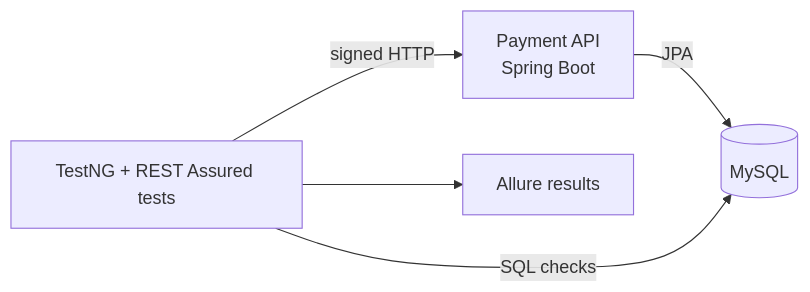
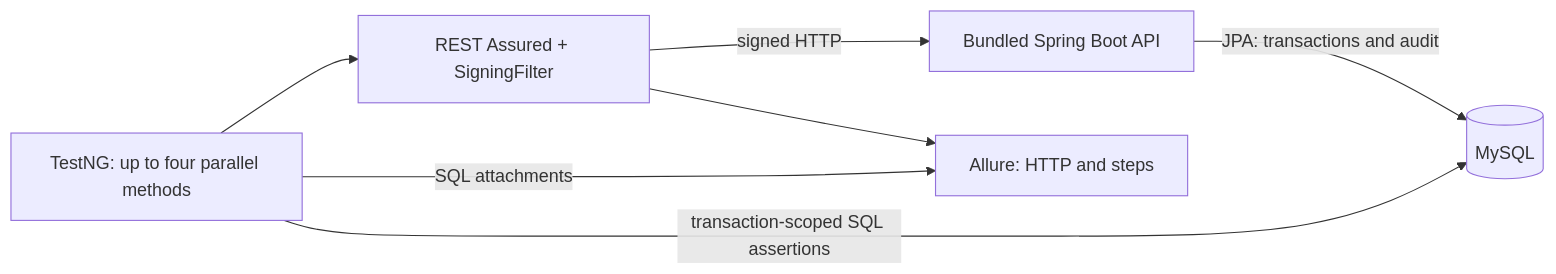
Before and after one commit to yashwant-das/qa-java-restassured-payments: the diagram in README.md, drawn with Mermaid. The commit also changed other lines of this file and 119 other files, not shown here.

First line of the commit message:
Adopt repo standards while preserving payment test evidence (#21)

````diff
--- a/README.md
+++ b/README.md
@@ -21,7 +23,9 @@
 ```mermaid
 flowchart LR
-    T[TestNG + REST Assured tests] -->|signed HTTP| A[Payment API<br/>Spring Boot]
-    A -->|JPA| D[(MySQL)]
-    T -->|SQL checks| D
-    T --> R[Allure results]
+    T[TestNG: up to four parallel methods] --> C[REST Assured + SigningFilter]
+    C -->|signed HTTP| A[Bundled Spring Boot API]
+    A -->|JPA: transactions and audit| D[(MySQL)]
+    T -->|transaction-scoped SQL assertions| D
+    C --> R[Allure: HTTP and steps]
+    T -->|SQL attachments| R
 ```
````
